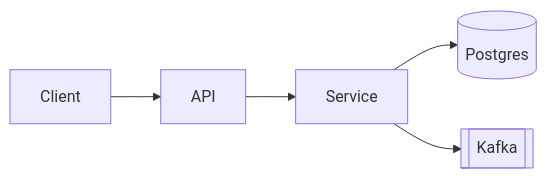
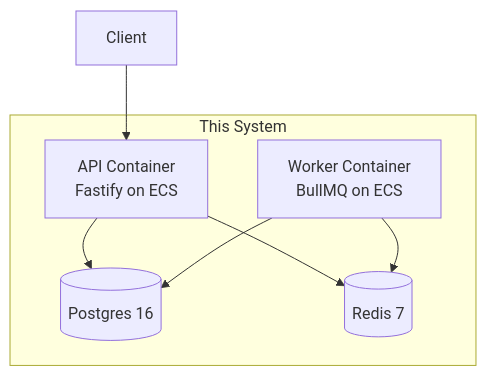
One commit to DLTKMandeep/sevaai-sdlc-toolkit changed the second of 6 diagrams in skills/sdlc-design/templates/artifact.md. Above: the diagram before and after it, drawn with Mermaid. The commit also changed other lines of this file and 12 other files, not shown here.

````diff
--- a/skills/sdlc-design/templates/artifact.md
+++ b/skills/sdlc-design/templates/artifact.md
@@ -16,7 +85,15 @@
 ```mermaid
-flowchart LR
-  Client --> API
-  API --> Service
-  Service --> DB[(Postgres)]
-  Service --> Queue[[Kafka]]
+flowchart TD
+  subgraph SystemBoundary [This System]
+    API[API Container<br/>Fastify on ECS]
+    Worker[Worker Container<br/>BullMQ on ECS]
+    DB[(Postgres 16)]
+    Cache[(Redis 7)]
+  end
+
+  Client[Client] --> API
+  API --> DB
+  API --> Cache
+  Worker --> DB
+  Worker --> Cache
 ```
````
